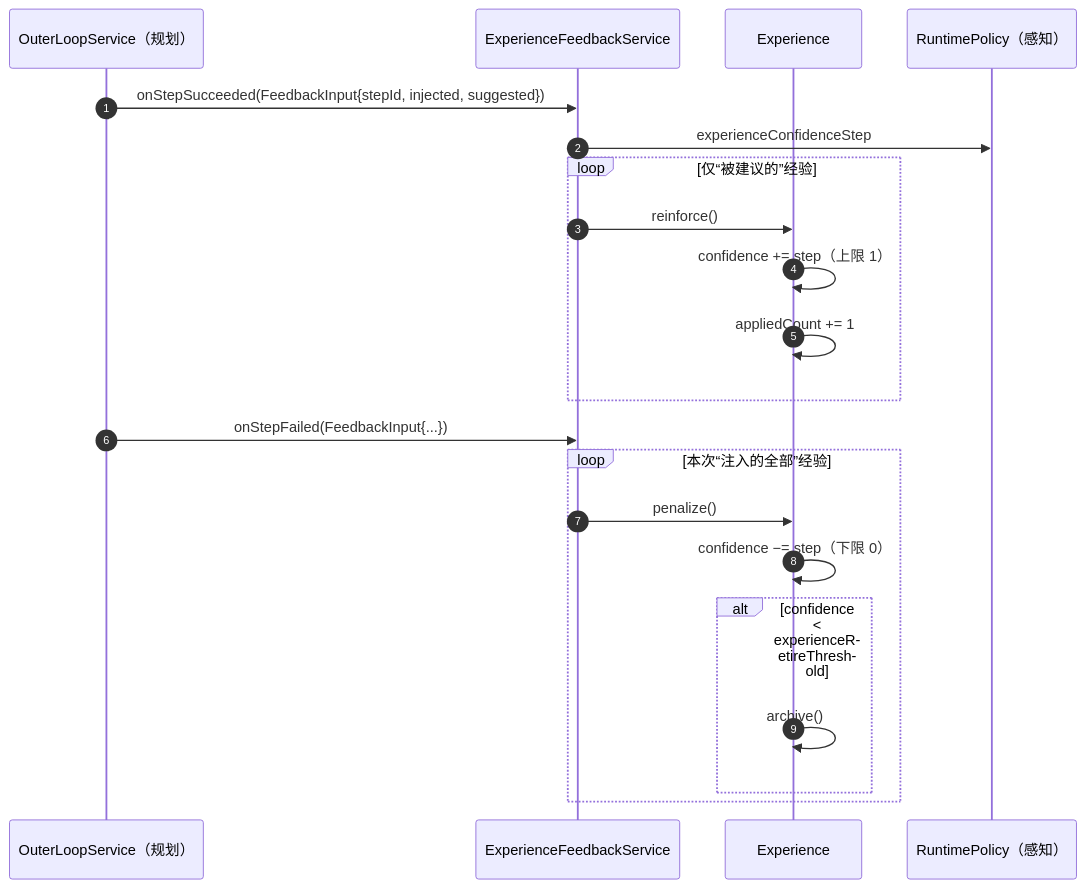
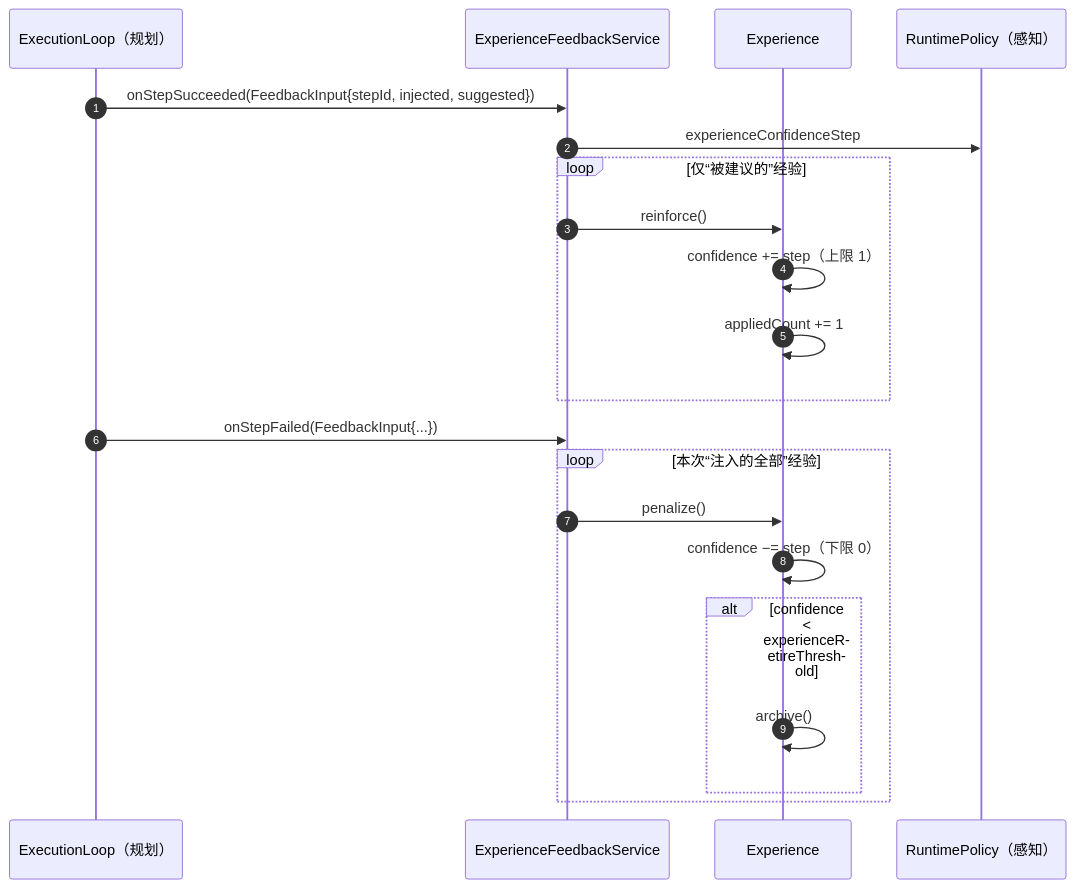
Before and after one commit to zcd0831/Jellyfish-Docs: the fifth of 6 diagrams in model/模块-记忆.md, drawn with Mermaid. The commit also changed other lines of this file and 9 other files, not shown here.

````diff
--- a/model/模块-记忆.md
+++ b/model/模块-记忆.md
@@ -445,25 +430,25 @@
 ```mermaid
 sequenceDiagram
     autonumber
-    participant OL as OuterLoopService（规划）
+    participant OL as ExecutionLoop（规划）
     participant F as ExperienceFeedbackService
     participant E as Experience
     participant RP as RuntimePolicy（感知）
 
     OL->>F: onStepSucceeded(FeedbackInput{stepId, injected, suggested})
     F->>RP: experienceConfidenceStep
     loop 仅“被建议的”经验
         F->>E: reinforce()
         E->>E: confidence += step（上限 1）
         E->>E: appliedCount += 1
     end
 
     OL->>F: onStepFailed(FeedbackInput{...})
     loop 本次“注入的全部”经验
         F->>E: penalize()
         E->>E: confidence −= step（下限 0）
         alt confidence < experienceRetireThreshold
             E->>E: archive()
         end
     end
 ```
````
